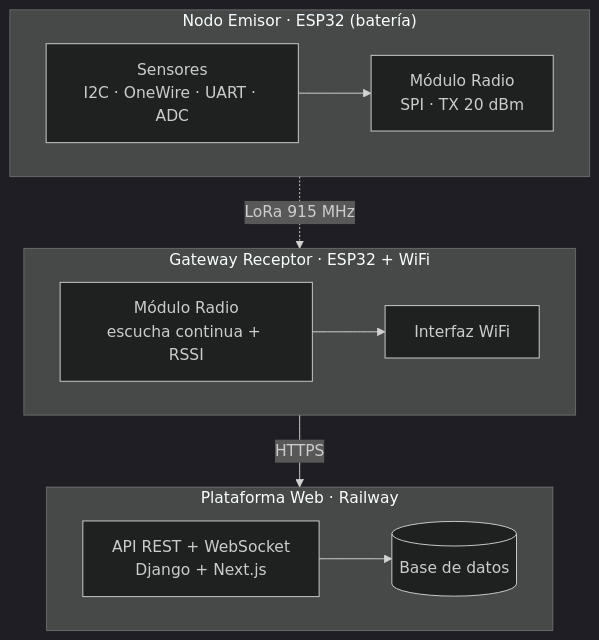
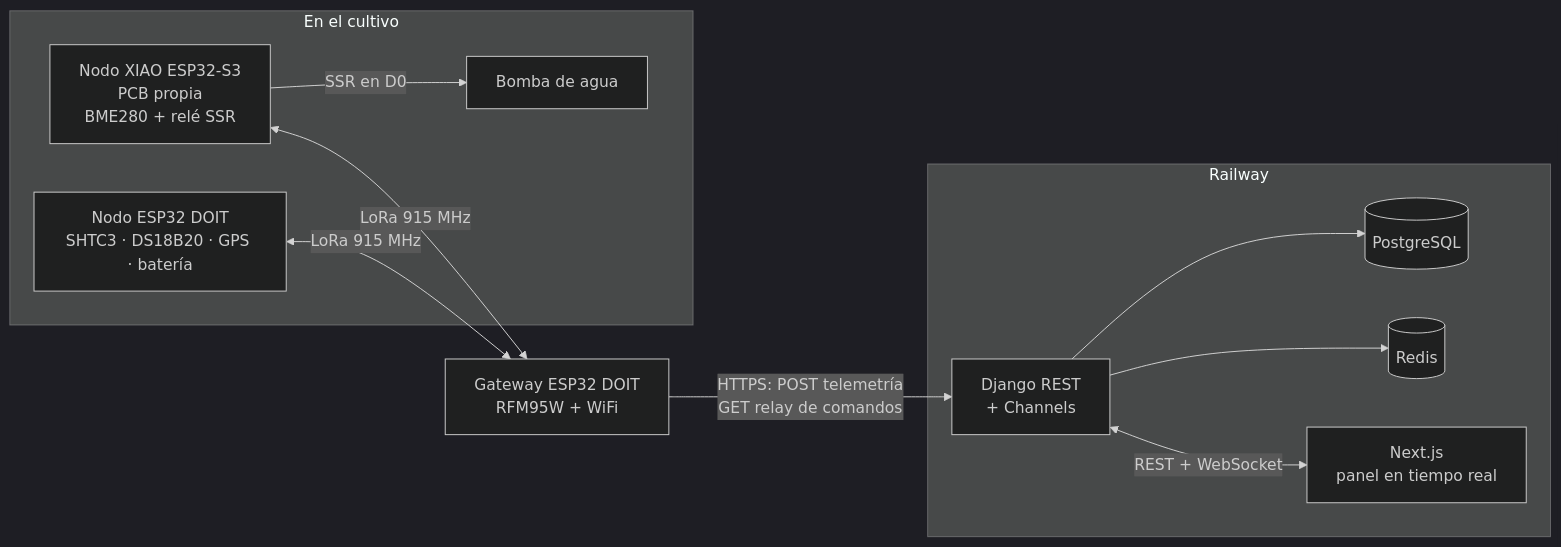
The diagram in README.md (diegoPonton/agroESP32_firmware), drawn with Mermaid (dark theme) before and after one commit. The commit also changed other lines of this file and 19 other files, not shown here.

````diff
--- a/README.md
+++ b/README.md
@@ -62,26 +71,25 @@
 ```mermaid
-flowchart TB
-    subgraph NE["Nodo Emisor · ESP32 (batería)"]
-        direction LR
-        Sensores["Sensores<br/>I2C · OneWire · UART · ADC"]
-        RadioE["Módulo Radio<br/>SPI · TX 20 dBm"]
-        Sensores --> RadioE
+flowchart LR
+    subgraph Campo["En el cultivo"]
+        XIAO["Nodo XIAO ESP32-S3<br/>PCB propia<br/>BME280 + relé SSR"]
+        DOIT["Nodo ESP32 DOIT<br/>SHTC3 · DS18B20 · GPS · batería"]
+        Bomba["Bomba de agua"]
+        XIAO -->|SSR en D0| Bomba
     end
 
-    subgraph GW["Gateway Receptor · ESP32 + WiFi"]
-        direction LR
-        RadioG["Módulo Radio<br/>escucha continua + RSSI"]
-        WiFi["Interfaz WiFi"]
-        RadioG --> WiFi
+    GW["Gateway ESP32 DOIT<br/>RFM95W + WiFi"]
+
+    subgraph Nube["Railway"]
+        API["Django REST<br/>+ Channels"]
+        PG[("PostgreSQL")]
+        RD[("Redis")]
+        WEB["Next.js<br/>panel en tiempo real"]
     end
 
-    subgraph BE["Plataforma Web · Railway"]
-        direction LR
-        API["API REST + WebSocket<br/>Django + Next.js"]
-        DB[("Base de datos")]
-        API --> DB
-    end
-
-    RadioE -. "LoRa 915 MHz" .-> RadioG
-    WiFi -- "HTTPS" --> API
+    XIAO <-->|LoRa 915 MHz| GW
+    DOIT <-->|LoRa 915 MHz| GW
+    GW -->|"HTTPS: POST telemetría<br/>GET relay de comandos"| API
+    API --> PG
+    API --> RD
+    API <-->|REST + WebSocket| WEB
 ```
````
